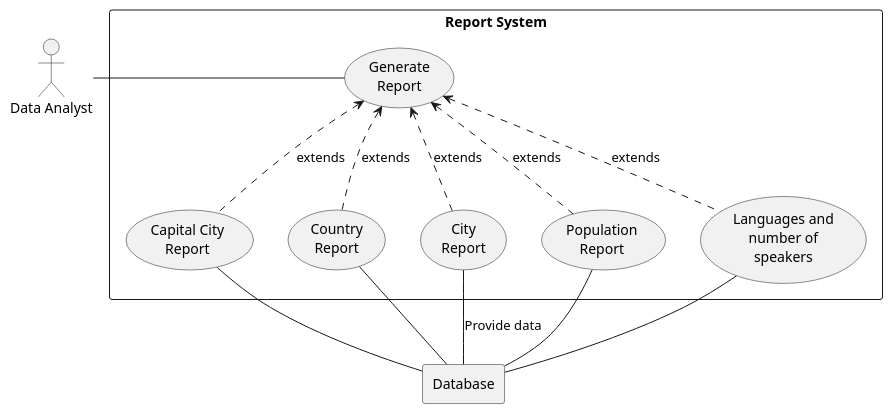
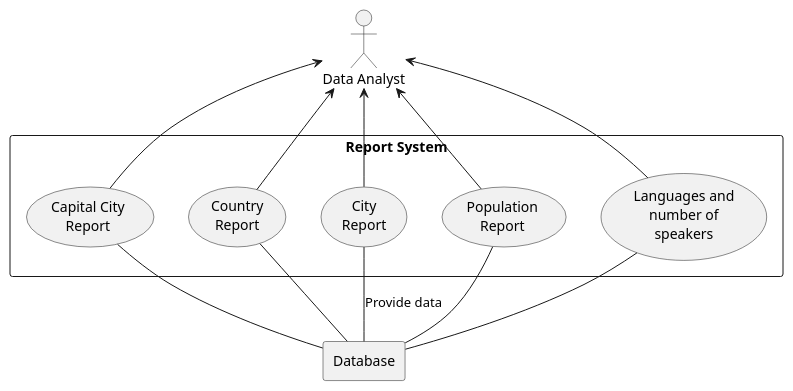
Before and after one commit to dodo721/group-27: the diagram in use-cases/Report System.puml, drawn with PlantUML.

Commit message:
Updating Report Systems PlantUML diagram

```diff
--- a/use-cases/Report System.puml
+++ b/use-cases/Report System.puml
@@ -1,42 +1,39 @@
 @startuml
 actor DA as "Data Analyst"
 rectangle Database
 
 rectangle "Report System" {
 
     'Creating usecases
-    usecase UC0 as "Generate
-    Report"
 
     usecase UC1 as "Capital City
     Report"
 
     usecase UC2 as "Country
     Report"
 
     usecase UC3 as "City
     Report"
 
     usecase UC4 as "Population
     Report"
 
     usecase UC5 as "Languages and
     number of
     speakers"
 
     'Linking items together
-    DA - UC0
 
-    UC0 <.. UC1 : extends
-    UC0 <.. UC2 : extends
-    UC0 <.. UC3 : extends
-    UC0 <.. UC4 : extends
-    UC0 <.. UC5 : extends
+    DA <-- UC1
+    DA <-- UC2
+    DA <-- UC3
+    DA <-- UC4
+    DA <-- UC5
 
     UC1 - Database
     UC2 - Database
     UC3 - Database : Provide data
     UC4 - Database
     UC5 -- Database
 }
 @enduml
```
